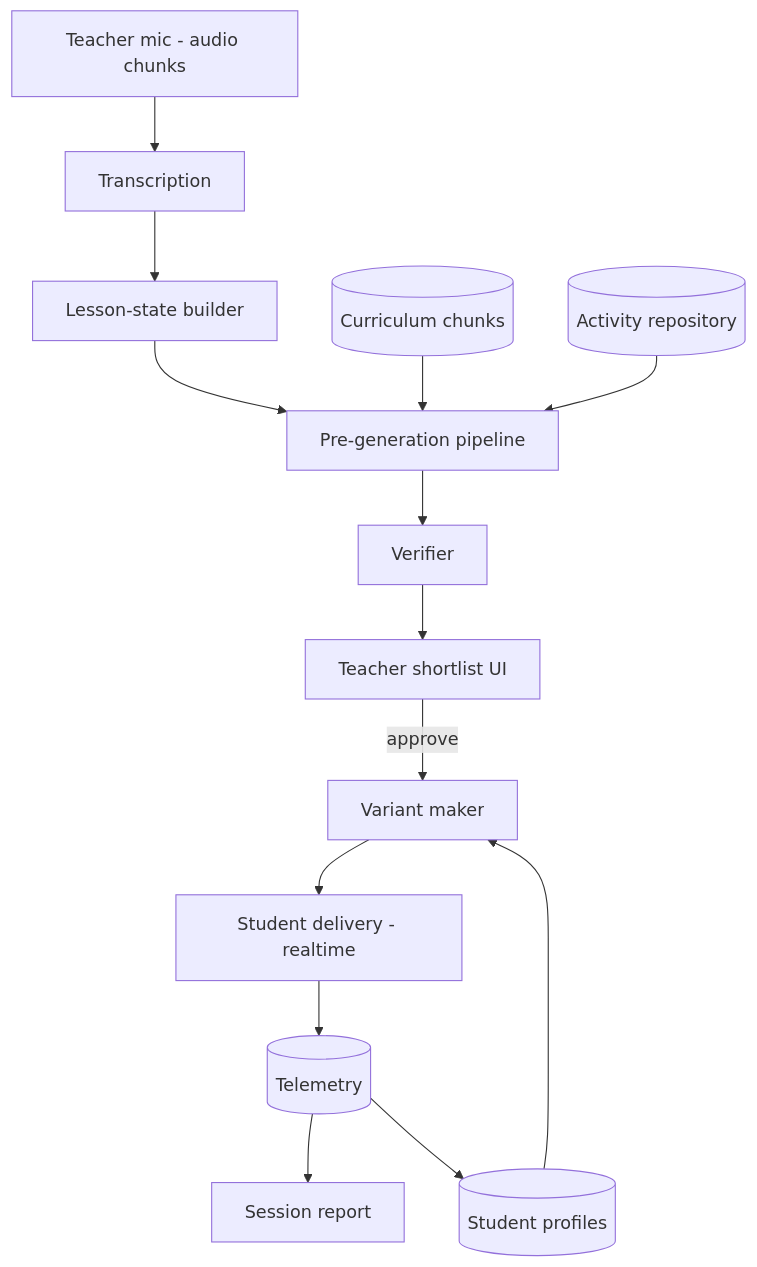
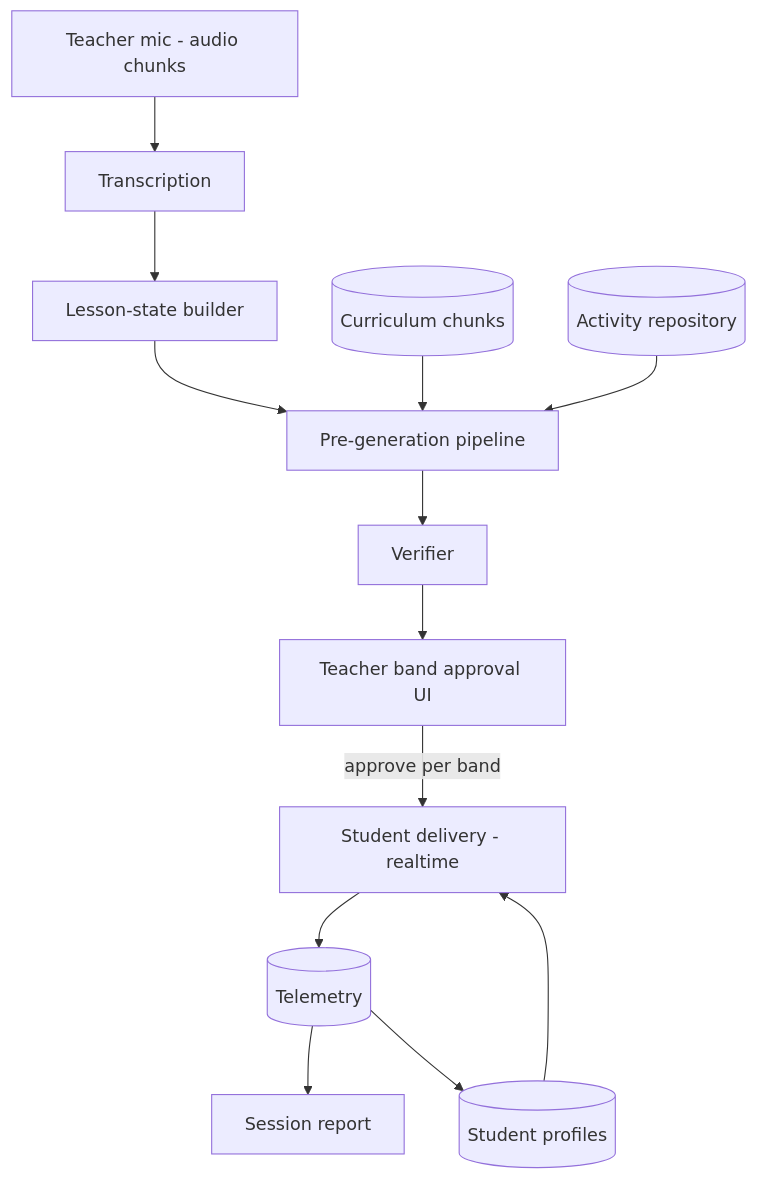
One commit to androso/kobi changed the diagram in docs/product-spec.md. Above: the diagram before and after it, drawn with Mermaid. The commit also changed other lines of this file and 8 other files, not shown here.

````diff
--- a/docs/product-spec.md
+++ b/docs/product-spec.md
@@ -36,16 +36,15 @@
 ```mermaid
 flowchart TD
     MIC[Teacher mic - audio chunks] --> TR[Transcription]
     TR --> LS[Lesson-state builder]
     LS --> PRE[Pre-generation pipeline]
     CUR[(Curriculum chunks)] --> PRE
     REPO[(Activity repository)] --> PRE
     PRE --> VER[Verifier]
-    VER --> SHORT[Teacher shortlist UI]
-    SHORT -->|approve| VAR[Variant maker]
-    VAR --> DEL[Student delivery - realtime]
+    VER --> SHORT[Teacher band approval UI]
+    SHORT -->|approve per band| DEL[Student delivery - realtime]
     DEL --> TEL[(Telemetry)]
     TEL --> REP[Session report]
     TEL --> PROF[(Student profiles)]
-    PROF --> VAR
+    PROF --> DEL
 ```
````
